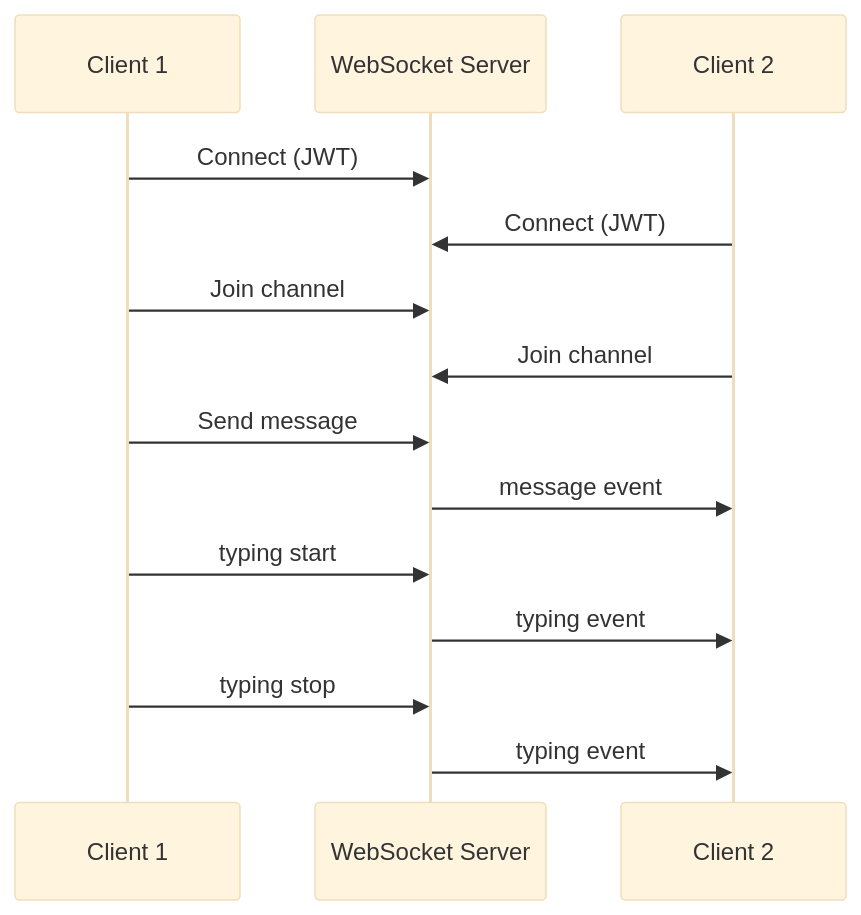
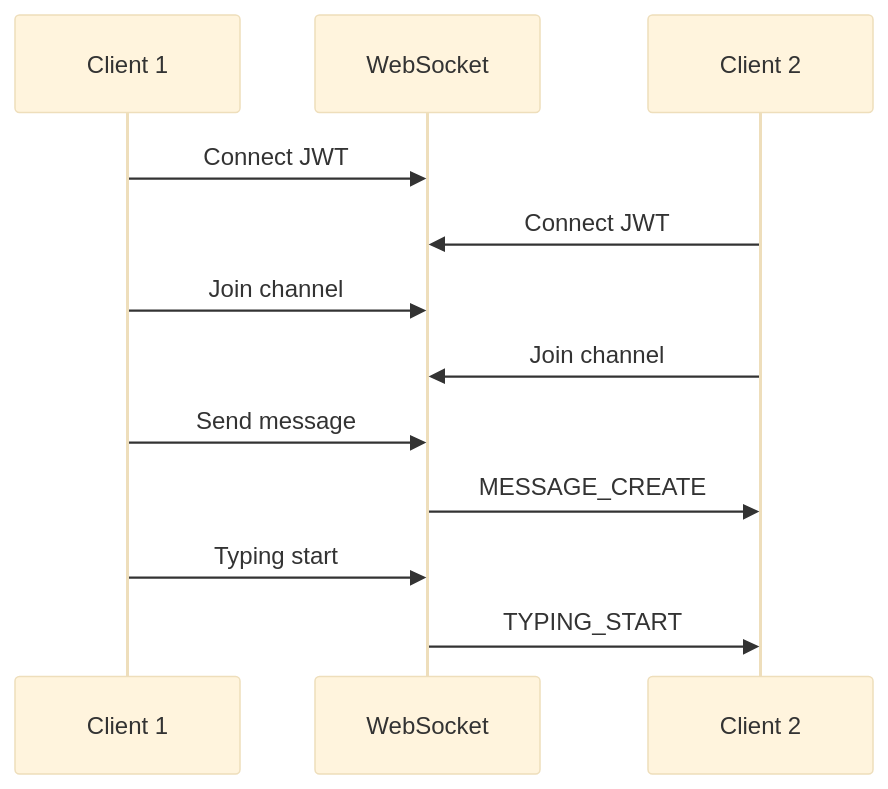
One commit to RomeoCavazza/piscine-epitech changed the third of 3 diagrams in README.md. Above: the diagram before and after it, drawn with Mermaid (base theme). The commit also changed other lines of this file and 1 other file, not shown here.

First line of the commit message:
docs: README regroupé + Mermaid (archi, flux, WS) · feat: indicateur typing (sidebar + au-dessus input)

````diff
--- a/README.md
+++ b/README.md
@@ -351,17 +144,14 @@
 ```mermaid
 sequenceDiagram
     participant C1 as Client 1
-    participant WS as WebSocket Server
+    participant WS as WebSocket
     participant C2 as Client 2
-
-    C1->>WS: Connect (JWT)
-    C2->>WS: Connect (JWT)
+    C1->>WS: Connect JWT
+    C2->>WS: Connect JWT
     C1->>WS: Join channel
     C2->>WS: Join channel
     C1->>WS: Send message
-    WS->>C2: message event
-    C1->>WS: typing start
-    WS->>C2: typing event
-    C1->>WS: typing stop
-    WS->>C2: typing event
+    WS->>C2: MESSAGE_CREATE
+    C1->>WS: Typing start
+    WS->>C2: TYPING_START
 ```
````
